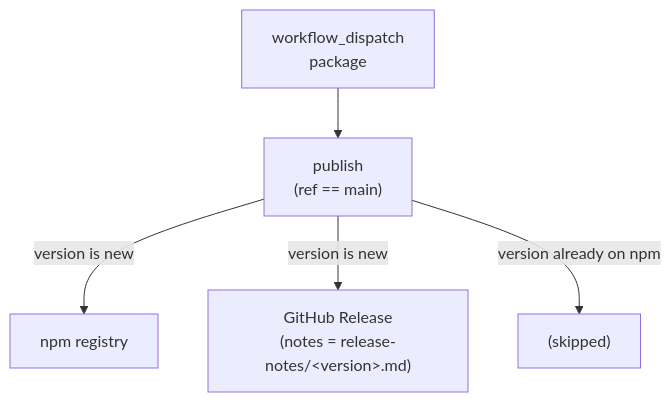
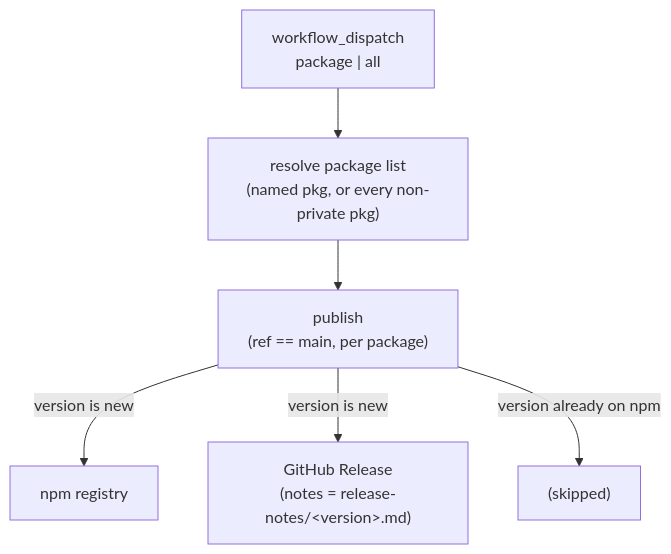
One commit to soroush-tech/core changed the diagram in .github/workflows/cd-packages.md. Above: the diagram before and after it, drawn with Mermaid. The commit also changed other lines of this file and 2 other files, not shown here.

First line of the commit message:
feat(CD): add an all option to publish every pending package in one dispatch

````diff
--- a/.github/workflows/cd-packages.md
+++ b/.github/workflows/cd-packages.md
@@ -38,7 +40,8 @@
 ```mermaid
 flowchart TD
-    trig["workflow_dispatch<br/>package"] --> publish["publish<br/>(ref == main)"]
+    trig["workflow_dispatch<br/>package | all"] --> resolve["resolve package list<br/>(named pkg, or every non-private pkg)"]
+    resolve --> publish["publish<br/>(ref == main, per package)"]
     publish -->|"version is new"| npm["npm registry"]
     publish -->|"version is new"| rel["GitHub Release<br/>(notes = release-notes/&lt;version&gt;.md)"]
     publish -->|"version already on npm"| skip["(skipped)"]
 ```
````
